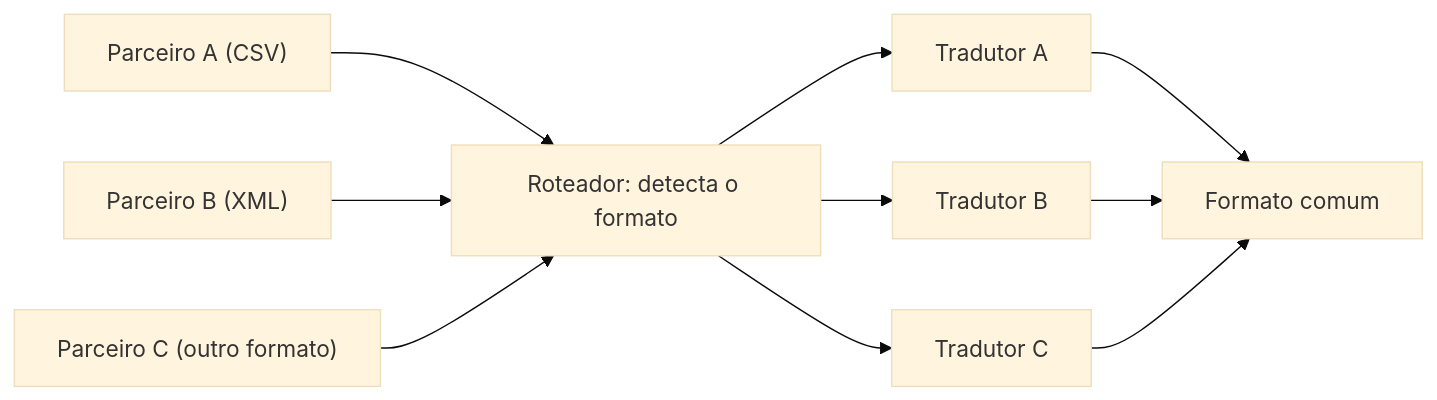
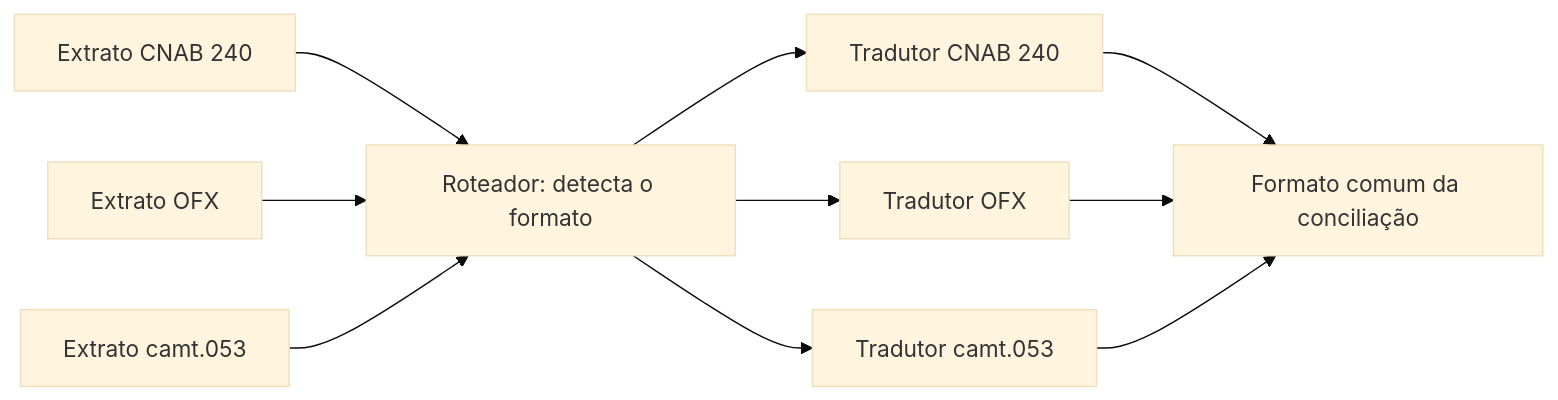
Before and after one commit to alancesar/design-patterns: the diagram in docs/architecture/eip/message-transformation/normalizer.md, drawn with Mermaid (base theme). The commit also changed other lines of this file and 11 other files, not shown here.

Commit message:
Switch eip concrete diagrams to fintech scenarios

````diff
--- a/docs/architecture/eip/message-transformation/normalizer.md
+++ b/docs/architecture/eip/message-transformation/normalizer.md
@@ -54,12 +54,12 @@
 ```mermaid
 flowchart LR
-    A["Parceiro A (CSV)"] --> R["Roteador: detecta o formato"]
-    B["Parceiro B (XML)"] --> R
-    C["Parceiro C (outro formato)"] --> R
-    R --> T1["Tradutor A"]
-    R --> T2["Tradutor B"]
-    R --> T3["Tradutor C"]
-    T1 --> N["Formato comum"]
+    A["Extrato CNAB 240"] --> R["Roteador: detecta o formato"]
+    B["Extrato OFX"] --> R
+    C["Extrato camt.053"] --> R
+    R --> T1["Tradutor CNAB 240"]
+    R --> T2["Tradutor OFX"]
+    R --> T3["Tradutor camt.053"]
+    T1 --> N["Formato comum da conciliação"]
     T2 --> N
     T3 --> N
 ```
````
